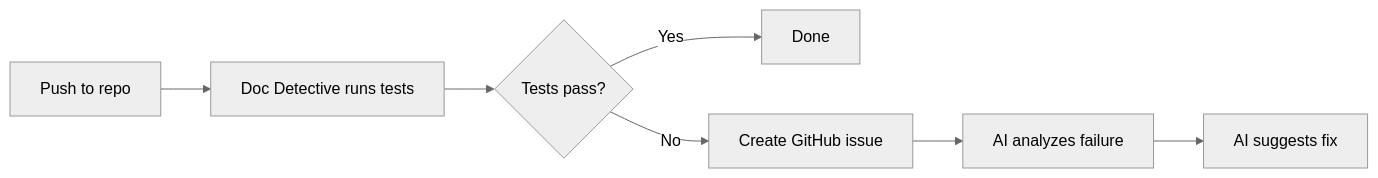
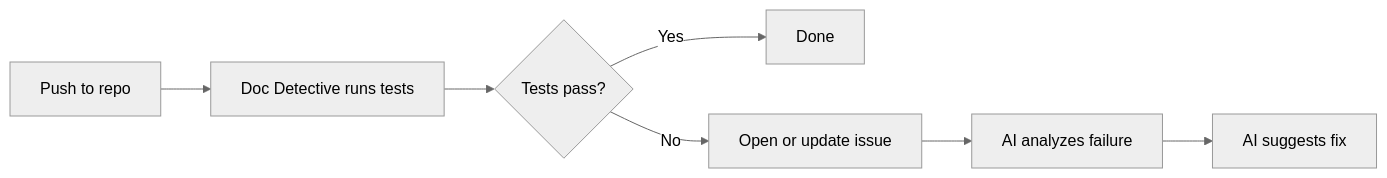
Before and after one commit to doc-detective/doc-detective: the diagram in docs/fern/pages/docs/get-started/self-healing.mdx, drawn with Mermaid (neutral theme). The commit also changed other lines of this file and 1 other file, not shown here.

Commit message:
docs(ci): say open or update issue in descriptions, intro, and diagram

````diff
--- a/docs/fern/pages/docs/get-started/self-healing.mdx
+++ b/docs/fern/pages/docs/get-started/self-healing.mdx
@@ -17,9 +17,9 @@
 ```mermaid
 flowchart LR
     A[Push to repo] --> B[Doc Detective runs tests]
     B --> C{Tests pass?}
     C -->|Yes| D[Done]
-    C -->|No| E[Create GitHub issue]
+    C -->|No| E[Open or update issue]
     E --> F[AI analyzes failure]
     F --> G[AI suggests fix]
 ```
````
